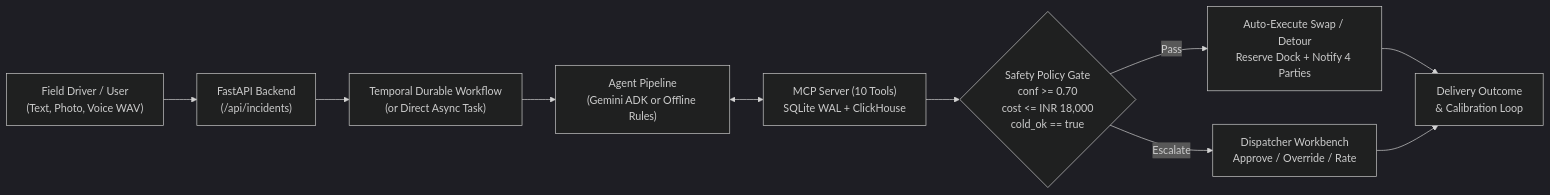
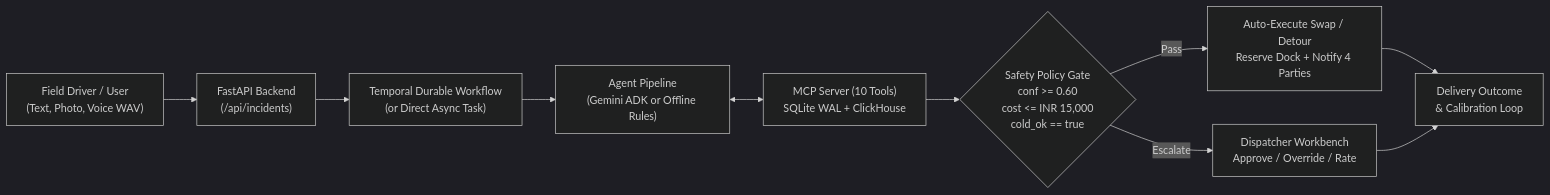
Before and after one commit to tanushree-quest1/agent-wars: the diagram in GUIDE.md, drawn with Mermaid (dark theme). The commit also changed other lines of this file and 10 other files, not shown here.

````diff
--- a/GUIDE.md
+++ b/GUIDE.md
@@ -5,12 +5,12 @@
 ```mermaid
 flowchart LR
     Driver["Field Driver / User\n(Text, Photo, Voice WAV)"] --> FastAPI["FastAPI Backend\n(/api/incidents)"]
     FastAPI --> Temporal["Temporal Durable Workflow\n(or Direct Async Task)"]
     Temporal --> Pipeline["Agent Pipeline\n(Gemini ADK or Offline Rules)"]
     Pipeline <--> MCP["MCP Server (10 Tools)\nSQLite WAL + ClickHouse"]
-    MCP --> Gate{"Safety Policy Gate\nconf >= 0.70\ncost <= INR 18,000\ncold_ok == true"}
+    MCP --> Gate{"Safety Policy Gate\nconf >= 0.60\ncost <= INR 15,000\ncold_ok == true"}
     Gate -->|Pass| Auto["Auto-Execute Swap / Detour\nReserve Dock + Notify 4 Parties"]
     Gate -->|Escalate| Human["Dispatcher Workbench\nApprove / Override / Rate"]
     Auto --> Outcome["Delivery Outcome\n& Calibration Loop"]
     Human --> Outcome
 ```
````
